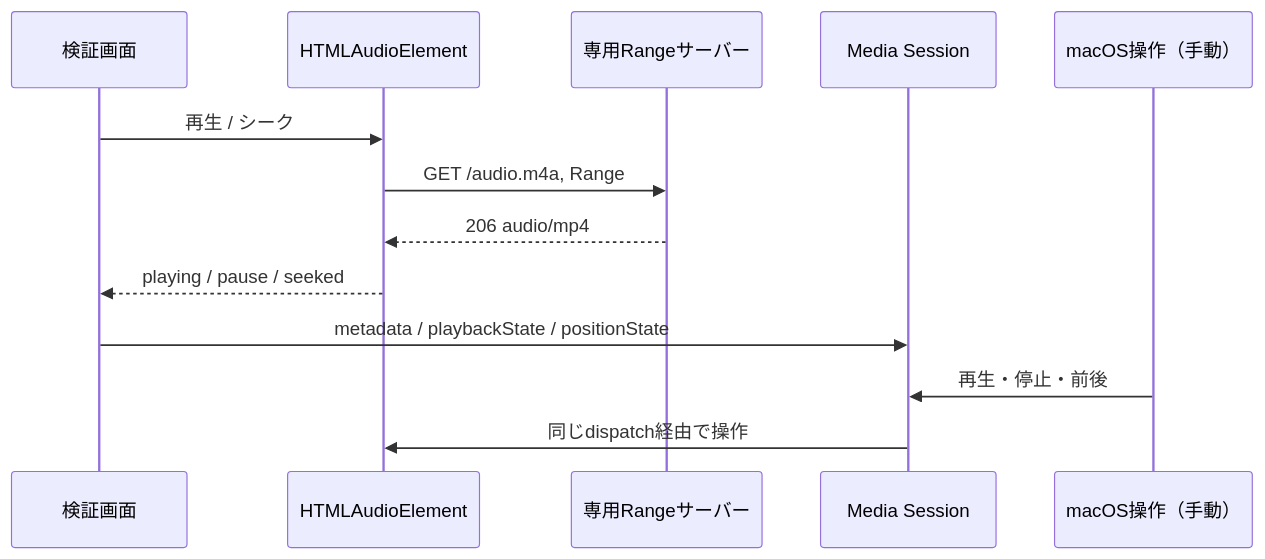
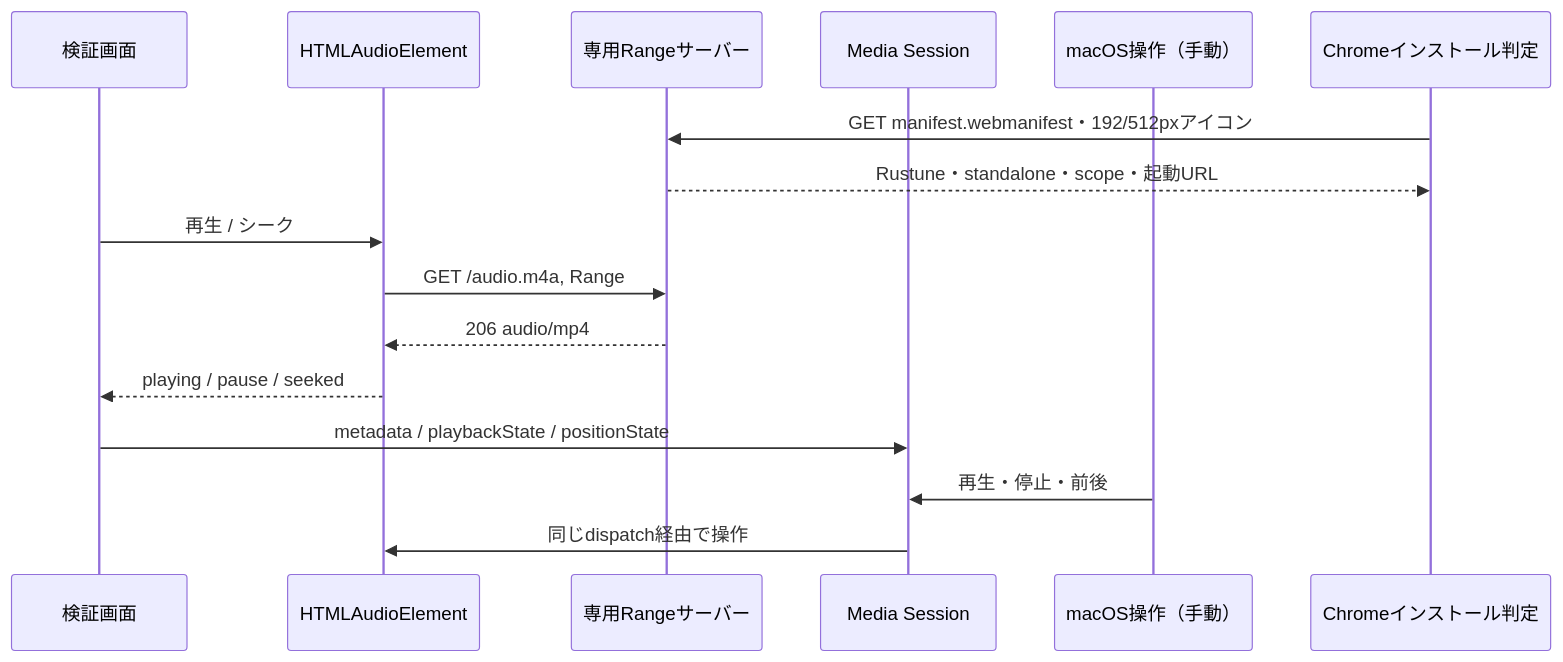
Before and after one commit to purinx/rustune: the diagram in experiments/browser/README.md, drawn with Mermaid. The commit also changed other lines of this file and 9 other files, not shown here.

````diff
--- a/experiments/browser/README.md
+++ b/experiments/browser/README.md
@@ -36,15 +40,18 @@
 ```mermaid
 sequenceDiagram
     participant UI as 検証画面
     participant Audio as HTMLAudioElement
     participant Server as 専用Rangeサーバー
     participant Session as Media Session
     participant OS as macOS操作（手動）
+    participant Chrome as Chromeインストール判定
+    Chrome->>Server: GET manifest.webmanifest・192/512pxアイコン
+    Server-->>Chrome: Rustune・standalone・scope・起動URL
     UI->>Audio: 再生 / シーク
     Audio->>Server: GET /audio.m4a, Range
     Server-->>Audio: 206 audio/mp4
     Audio-->>UI: playing / pause / seeked
     UI->>Session: metadata / playbackState / positionState
     OS->>Session: 再生・停止・前後
     Session->>Audio: 同じdispatch経由で操作
 ```
````
